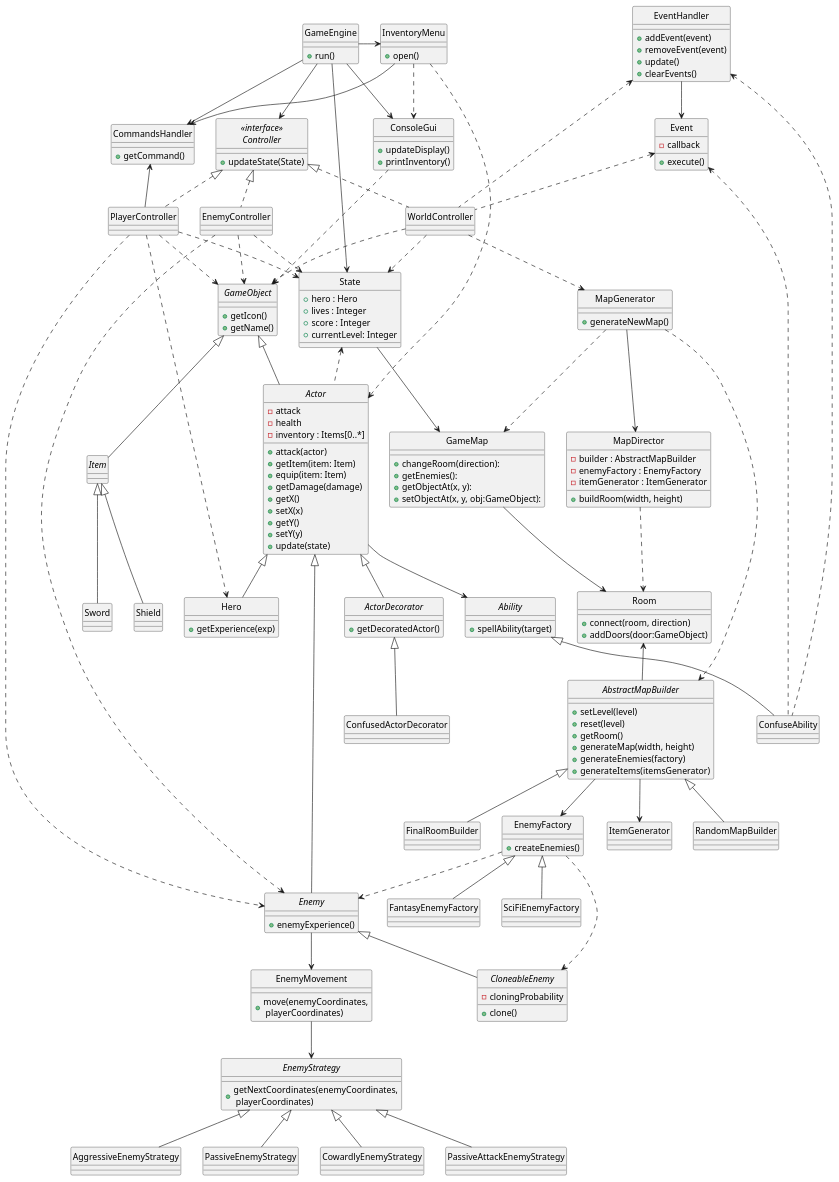
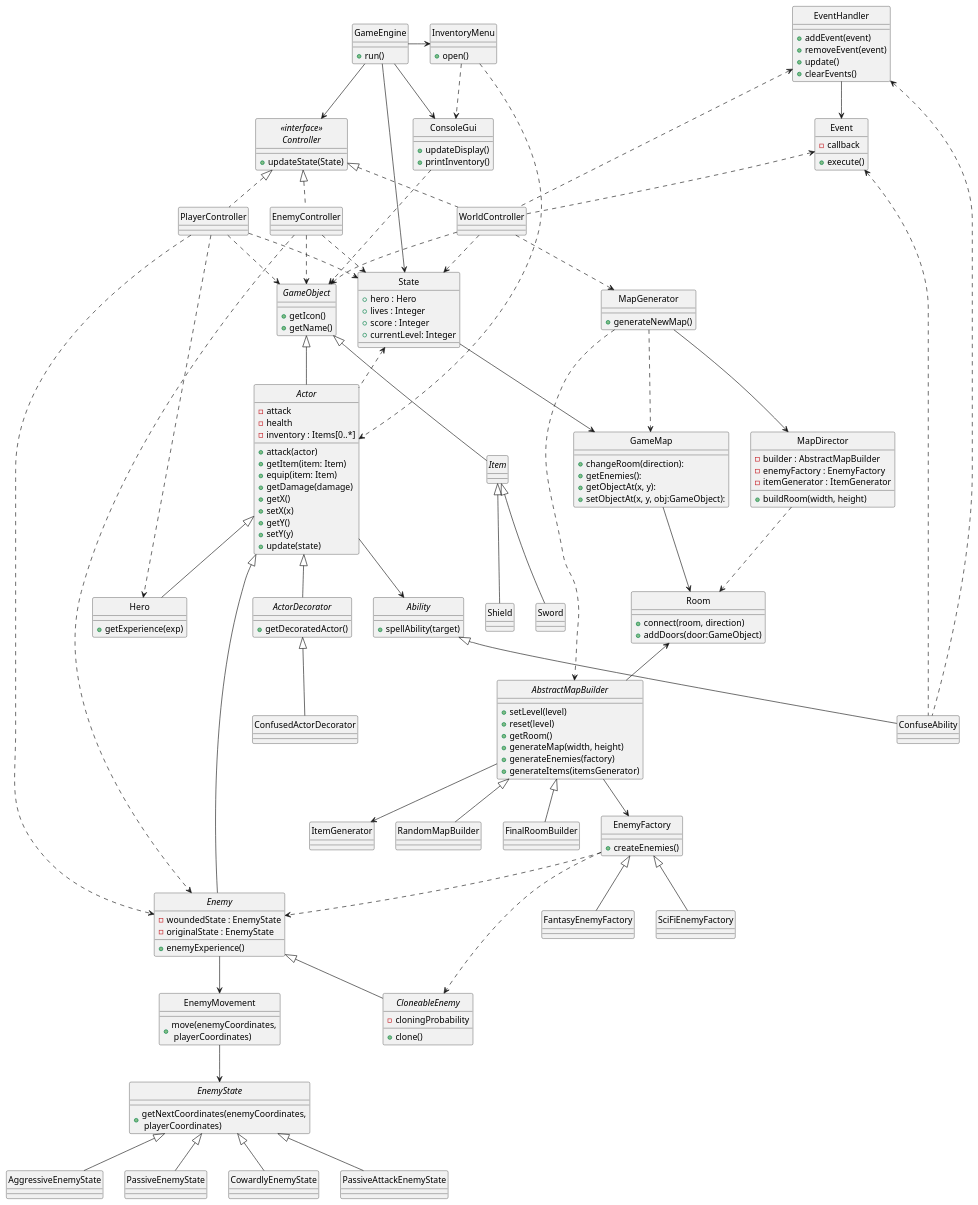
Before and after one commit to capitanFlint129/Rougelike: the diagram in docs/class.puml, drawn with PlantUML. The commit also changed 12 other files, not shown here.

```diff
--- a/docs/class.puml
+++ b/docs/class.puml
@@ -8,17 +8,12 @@
 +printInventory()
 }
 
-class CommandsHandler {
-+getCommand()
-}
-
 class GameEngine {
 +run()
 }
 
 
 GameEngine --> "<<interface>>\nController"
-GameEngine -> CommandsHandler
 GameEngine --> State
 
 
@@ -87,12 +82,10 @@
 PlayerController ..> Enemy
 class PlayerController {
 }
-CommandsHandler <- PlayerController
 
 
 GameEngine -> InventoryMenu
 InventoryMenu ..> Actor
-InventoryMenu --> CommandsHandler
 InventoryMenu ..> ConsoleGui
 ConsoleGui ...> GameObject
 class InventoryMenu {
@@ -108,6 +101,8 @@
 
 Actor <|-- Enemy
 abstract class Enemy {
+-woundedState : EnemyState
+-originalState : EnemyState
 +enemyExperience()
 }
 
@@ -154,29 +149,29 @@
 
 State <.. Actor
 
-abstract class EnemyStrategy {
+abstract class EnemyState {
 +getNextCoordinates(enemyCoordinates,\n playerCoordinates)
 }
 
-EnemyStrategy <|-- AggressiveEnemyStrategy
-EnemyStrategy <|-- PassiveEnemyStrategy
-EnemyStrategy <|-- CowardlyEnemyStrategy
-EnemyStrategy <|-- PassiveAttackEnemyStrategy
+EnemyState <|-- AggressiveEnemyState
+EnemyState <|-- PassiveEnemyState
+EnemyState <|-- CowardlyEnemyState
+EnemyState <|-- PassiveAttackEnemyState
 
-class AggressiveEnemyStrategy {
+class AggressiveEnemyState {
 }
-class PassiveEnemyStrategy {
+class PassiveEnemyState {
 }
-class CowardlyEnemyStrategy {
+class CowardlyEnemyState {
 }
-class PassiveAttackEnemyStrategy {
+class PassiveAttackEnemyState {
 }
 
 class EnemyMovement {
 +move(enemyCoordinates,\n playerCoordinates)
 }
 
-EnemyMovement --> EnemyStrategy
+EnemyMovement --> EnemyState
 Enemy --> EnemyMovement
 
 
```
